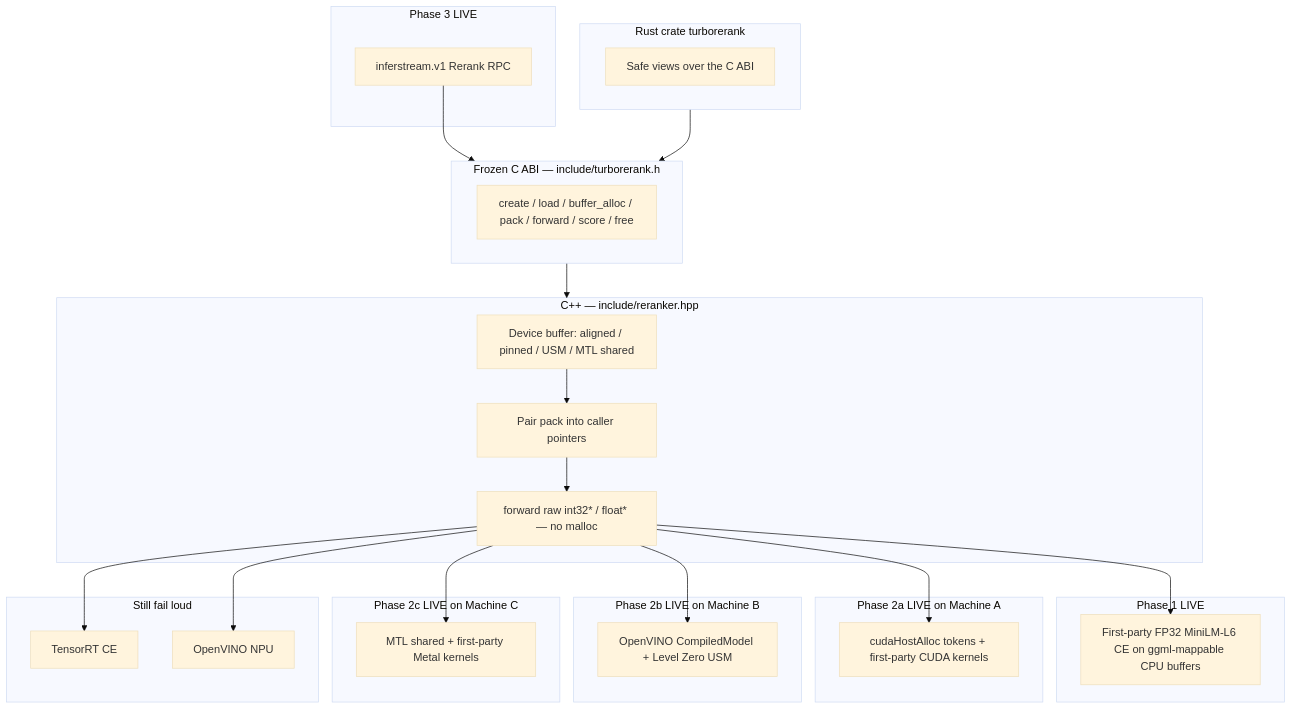
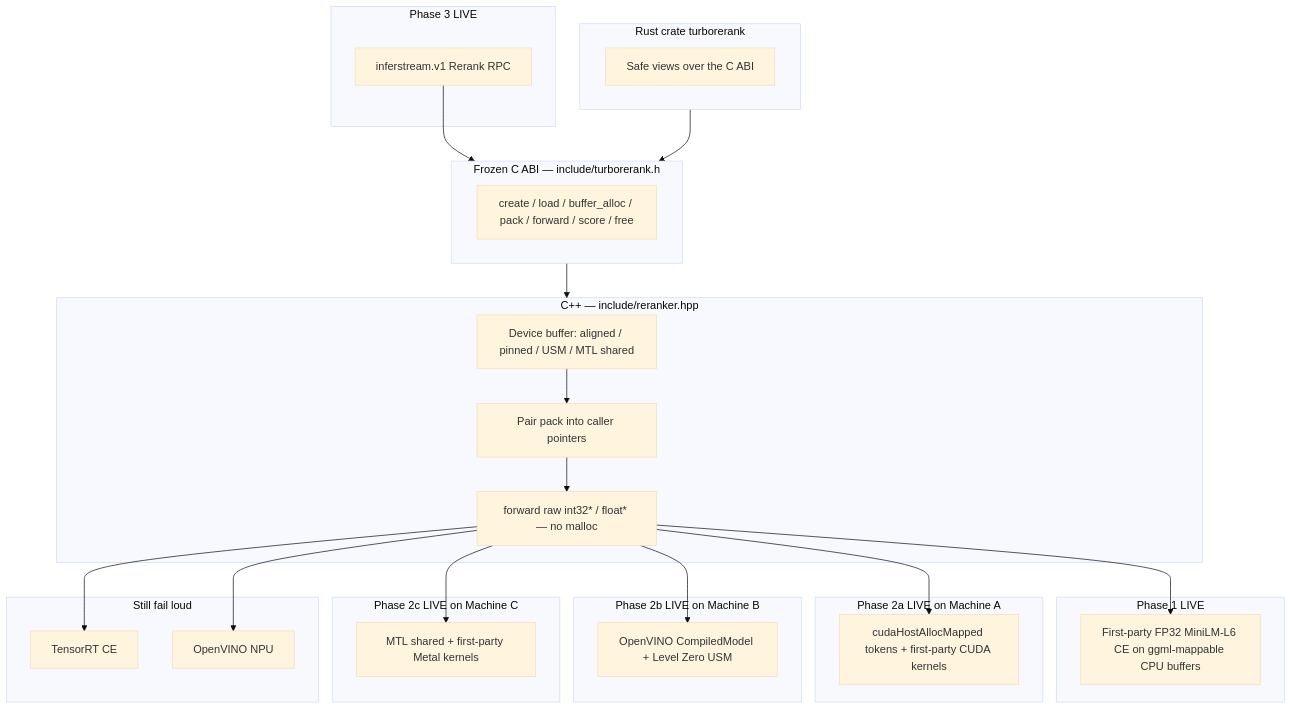
Before and after one commit to ai-pipestream/turboembed: the diagram in docs/turborerank-architecture.md, drawn with Mermaid (base theme). The commit also changed other lines of this file and 22 other files, not shown here.

````diff
--- a/docs/turborerank-architecture.md
+++ b/docs/turborerank-architecture.md
@@ -160,52 +161,52 @@
 ```mermaid
 flowchart TB
     subgraph rpc [Phase 3 LIVE]
         RPC["inferstream.v1 Rerank RPC"]
     end
 
     subgraph rust [Rust crate turborerank]
         Safe["Safe views over the C ABI"]
     end
 
     subgraph abi [Frozen C ABI — include/turborerank.h]
         H["create / load / buffer_alloc / pack / forward / score / free"]
     end
 
     subgraph cpp [C++ — include/reranker.hpp]
         Buf["Device buffer: aligned / pinned / USM / MTL shared"]
         Pack["Pair pack into caller pointers"]
         Fwd["forward raw int32* / float* — no malloc"]
     end
 
     subgraph cpu [Phase 1 LIVE]
         BERT["First-party FP32 MiniLM-L6 CE on ggml-mappable CPU buffers"]
     end
 
     subgraph cuda [Phase 2a LIVE on Machine A]
-        CUDA["cudaHostAlloc tokens + first-party CUDA kernels"]
+        CUDA["cudaHostAllocMapped tokens + first-party CUDA kernels"]
     end
 
     subgraph ov [Phase 2b LIVE on Machine B]
         OV["OpenVINO CompiledModel + Level Zero USM"]
     end
 
     subgraph metal [Phase 2c LIVE on Machine C]
         MTL["MTL shared + first-party Metal kernels"]
     end
 
     subgraph laterhw [Still fail loud]
         TRT["TensorRT CE"]
         NPU["OpenVINO NPU"]
     end
 
     RPC --> abi
     rust --> abi
     abi --> cpp
     Buf --> Pack --> Fwd
     Fwd --> BERT
     Fwd --> CUDA
     Fwd --> OV
     Fwd --> MTL
     Fwd --> TRT
     Fwd --> NPU
 ```
````
